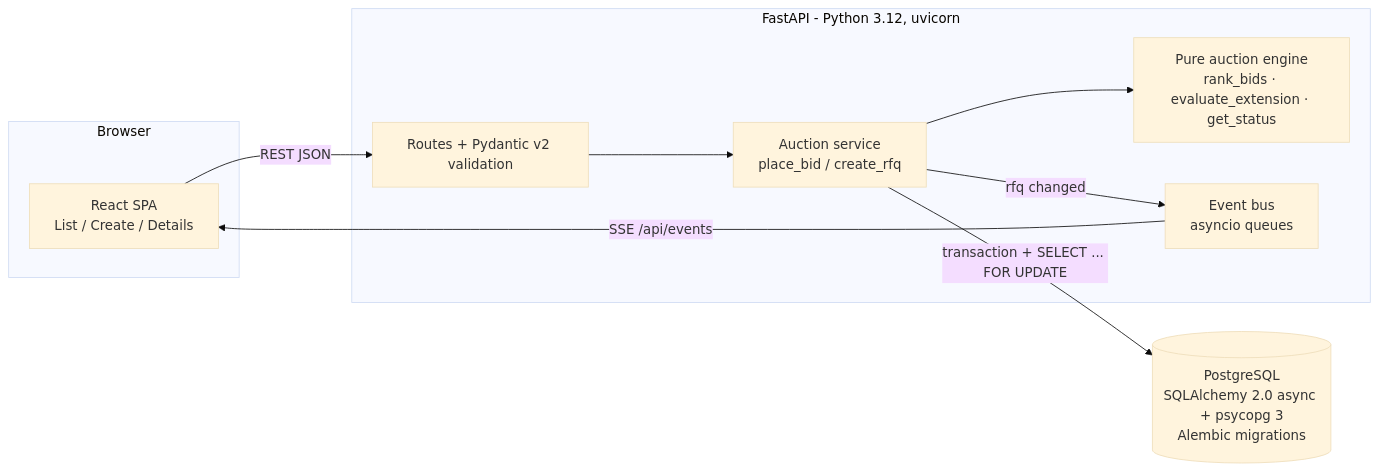
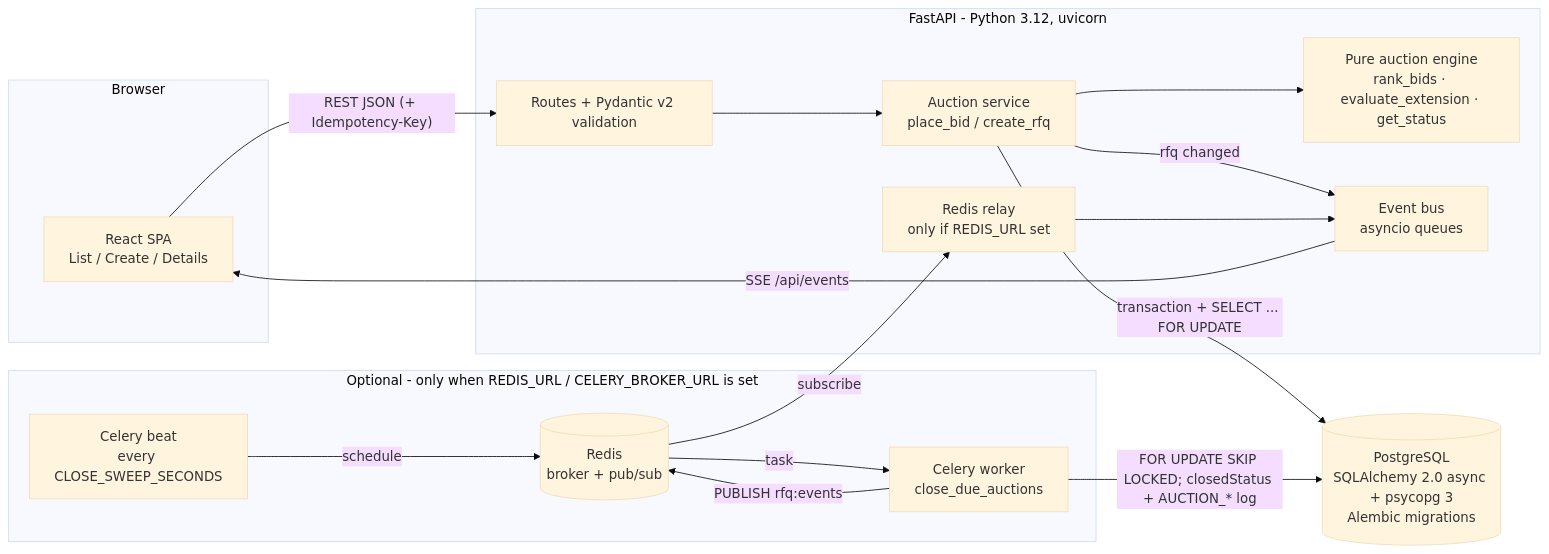
The first of 2 diagrams in docs/HLD.md (Vyoum/gocomet_british), drawn with Mermaid (base theme) before and after one commit. The commit also changed other lines of this file and 20 other files, not shown here.

````diff
--- a/docs/HLD.md
+++ b/docs/HLD.md
@@ -5,17 +5,26 @@
 ```mermaid
 flowchart LR
   subgraph Browser
     UI[React SPA<br/>List / Create / Details]
   end
   subgraph API[FastAPI - Python 3.12, uvicorn]
     R[Routes + Pydantic v2 validation]
     S[Auction service<br/>place_bid / create_rfq]
     E[Pure auction engine<br/>rank_bids · evaluate_extension · get_status]
     B[Event bus<br/>asyncio queues]
+    RL[Redis relay<br/>only if REDIS_URL set]
   end
   DB[(PostgreSQL<br/>SQLAlchemy 2.0 async + psycopg 3<br/>Alembic migrations)]
-  UI -- REST JSON --> R --> S
+  subgraph Optional[Optional - only when REDIS_URL / CELERY_BROKER_URL is set]
+    RD[(Redis<br/>broker + pub/sub)]
+    BT[Celery beat<br/>every CLOSE_SWEEP_SECONDS]
+    W[Celery worker<br/>close_due_auctions]
+  end
+  UI -- "REST JSON (+ Idempotency-Key)" --> R --> S
   S --> E
   S -- "transaction + SELECT ... FOR UPDATE" --> DB
   S -- rfq changed --> B -- SSE /api/events --> UI
+  BT -- schedule --> RD -- task --> W
+  W -- "FOR UPDATE SKIP LOCKED; closedStatus + AUCTION_* log" --> DB
+  W -- "PUBLISH rfq:events" --> RD -- subscribe --> RL --> B
 ```
````
